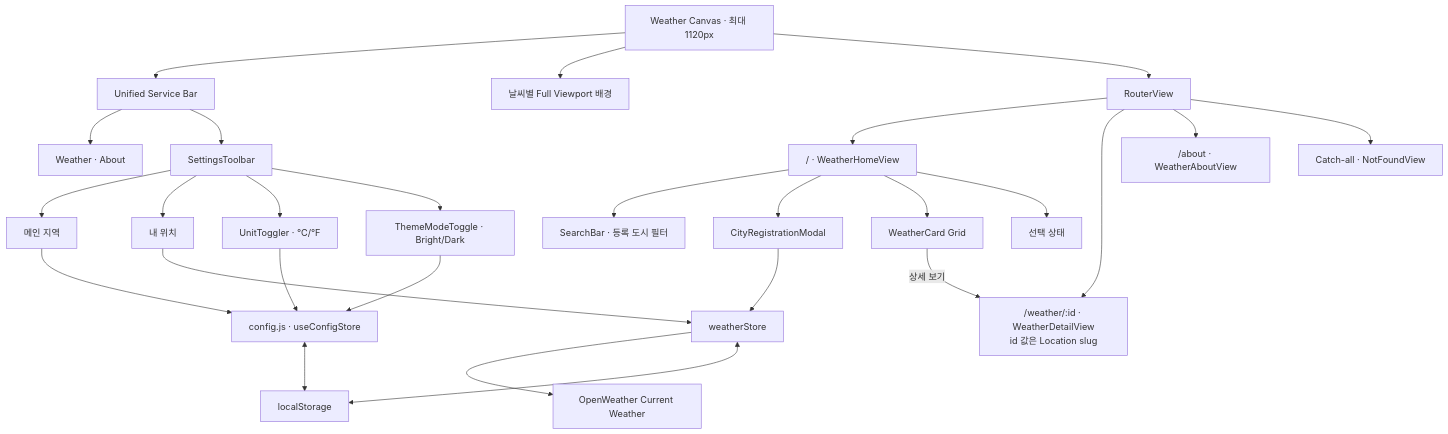
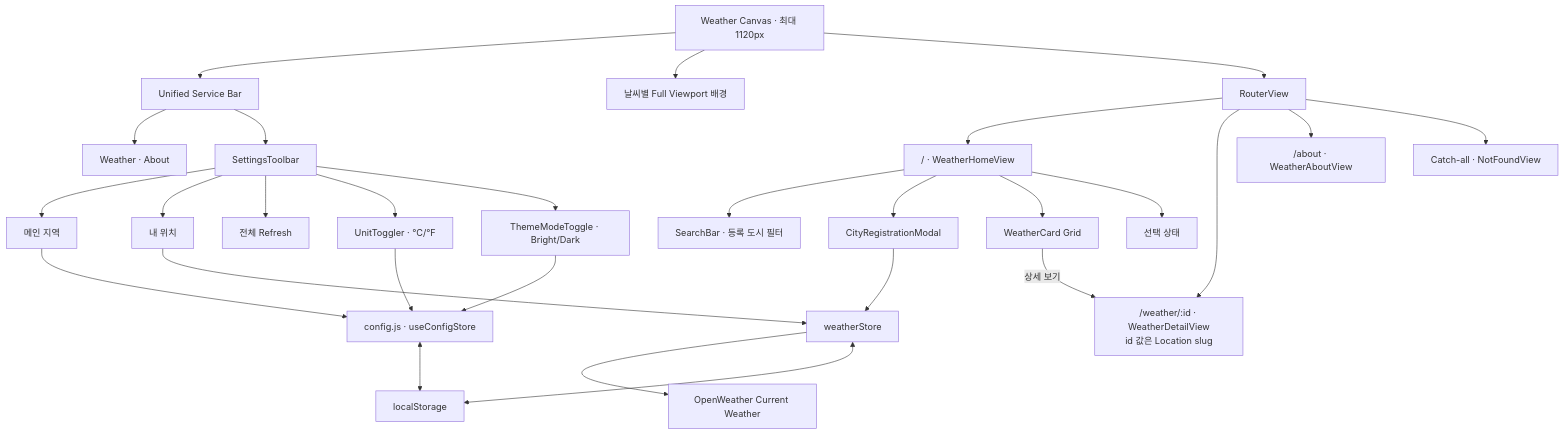
Before and after one commit to seungminoh-dev/skala-vue: the first of 2 diagrams in requirements/ia.md, drawn with Mermaid. The commit also changed other lines of this file and 21 other files, not shown here.

````diff
--- a/requirements/ia.md
+++ b/requirements/ia.md
@@ -9,54 +9,56 @@
 ```mermaid
 flowchart TD
   APP["Weather Canvas · 최대 1120px"]
   BACKGROUND["날씨별 Full Viewport 배경"]
   HEADER["Unified Service Bar"]
   NAV["Weather · About"]
   SETTINGS["SettingsToolbar"]
   PRIMARY["메인 지역"]
   CURRENT["내 위치"]
+  REFRESH["전체 Refresh"]
   UNIT["UnitToggler · °C/°F"]
   THEME["ThemeModeToggle · Bright/Dark"]
   OUTLET["RouterView"]
 
   HOME["/ · WeatherHomeView"]
   DETAIL["/weather/:id · WeatherDetailView<br/>id 값은 Location slug"]
   ABOUT["/about · WeatherAboutView"]
   ERROR["Catch-all · NotFoundView"]
 
   SEARCH["SearchBar · 등록 도시 필터"]
   REGISTER["CityRegistrationModal"]
   GRID["WeatherCard Grid"]
   STATUS["선택 상태"]
   WEATHER_STORE["weatherStore"]
   CONFIG_STORE["config.js · useConfigStore"]
   STORAGE["localStorage"]
   API["OpenWeather Current Weather"]
 
   APP --> HEADER
   APP --> BACKGROUND
   HEADER --> NAV
   HEADER --> SETTINGS
   SETTINGS --> PRIMARY
   SETTINGS --> CURRENT
+  SETTINGS --> REFRESH
   SETTINGS --> UNIT
   SETTINGS --> THEME
   APP --> OUTLET
   OUTLET --> HOME
   OUTLET --> DETAIL
   OUTLET --> ABOUT
   OUTLET --> ERROR
   HOME --> SEARCH
   HOME --> REGISTER
   HOME --> GRID
   HOME --> STATUS
   GRID -->|상세 보기| DETAIL
   PRIMARY --> CONFIG_STORE
   UNIT --> CONFIG_STORE
   THEME --> CONFIG_STORE
   CURRENT --> WEATHER_STORE
   REGISTER --> WEATHER_STORE
   WEATHER_STORE --> API
   WEATHER_STORE <--> STORAGE
   CONFIG_STORE <--> STORAGE
 ```
````
